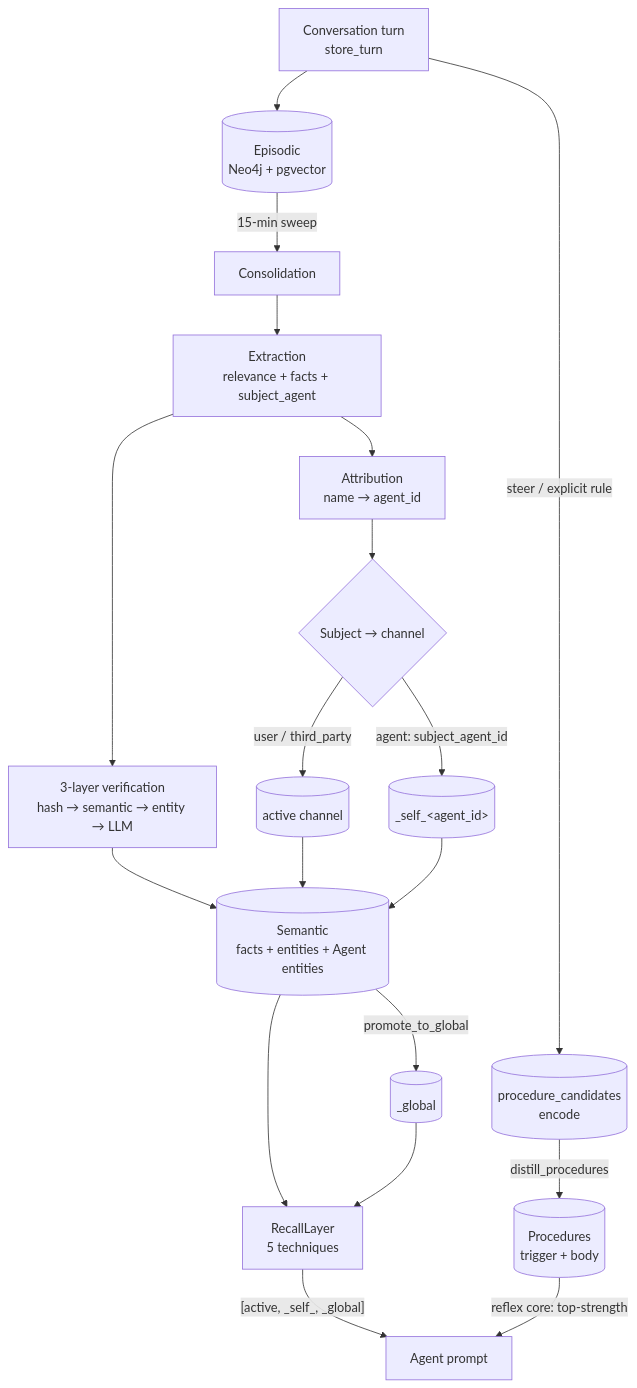
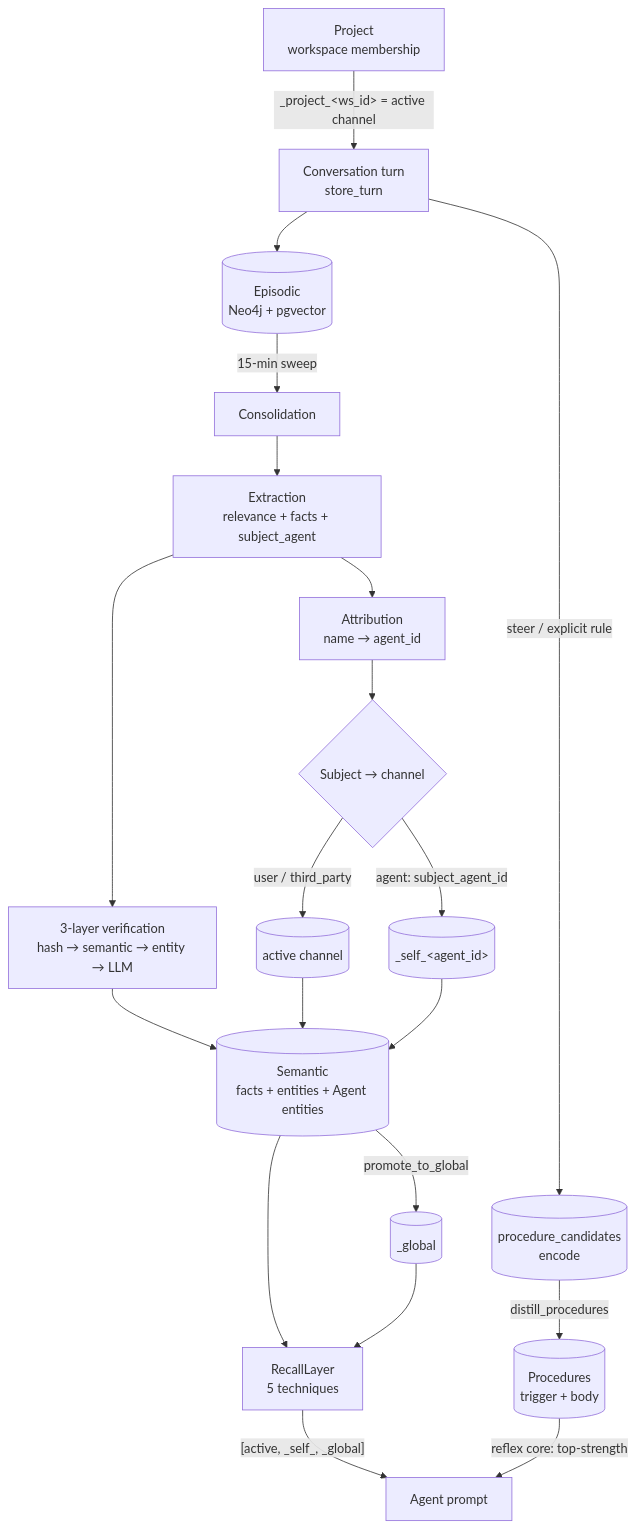
Before and after one commit to QR-Madness/agentx: the diagram in docs-site/src/content/docs/architecture/memory-capabilities.md, drawn with Mermaid. The commit also changed other lines of this file and 22 other files, not shown here.

````diff
--- a/docs-site/src/content/docs/architecture/memory-capabilities.md
+++ b/docs-site/src/content/docs/architecture/memory-capabilities.md
@@ -43,21 +44,22 @@
 ```mermaid
 graph TD
+    WS[Project<br/>workspace membership] -->|"_project_&lt;ws_id&gt; = active channel"| T
     T[Conversation turn<br/>store_turn] --> EP[(Episodic<br/>Neo4j + pgvector)]
     EP -->|15-min sweep| CON[Consolidation]
     CON --> EX[Extraction<br/>relevance + facts + subject_agent]
     EX --> ATTR[Attribution<br/>name → agent_id]
     ATTR --> ROUTE{Subject → channel}
     ROUTE -->|user / third_party| ACT[(active channel)]
     ROUTE -->|agent: subject_agent_id| SELF[(_self_&lt;agent_id&gt;)]
     EX --> VER[3-layer verification<br/>hash → semantic → entity → LLM]
     VER --> SEM[(Semantic<br/>facts + entities + Agent entities)]
     ACT --> SEM
     SELF --> SEM
     SEM -->|promote_to_global| GLOB[(_global)]
     SEM --> RECALL[RecallLayer<br/>5 techniques]
     GLOB --> RECALL
     RECALL -->|"[active, _self_, _global]"| AGENT[Agent prompt]
     T -->|steer / explicit rule| PC[(procedure_candidates<br/>encode)]
     PC -->|distill_procedures| PROC[(Procedures<br/>trigger + body)]
     PROC -->|reflex core: top-strength| AGENT
 ```
````
